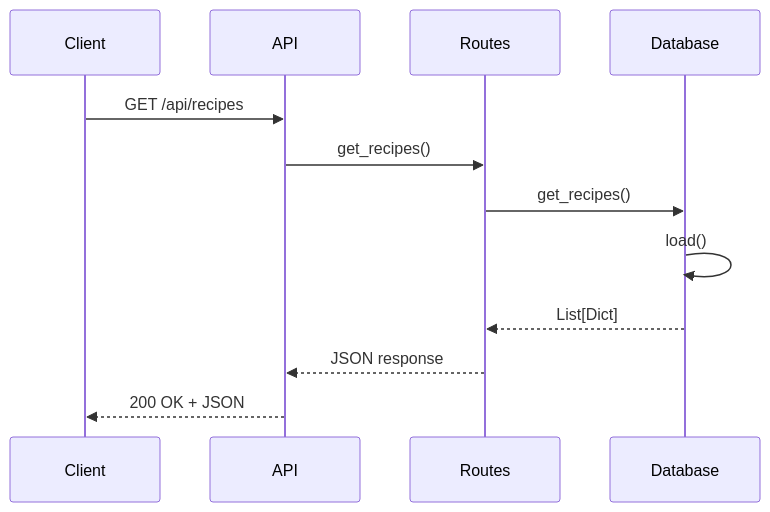
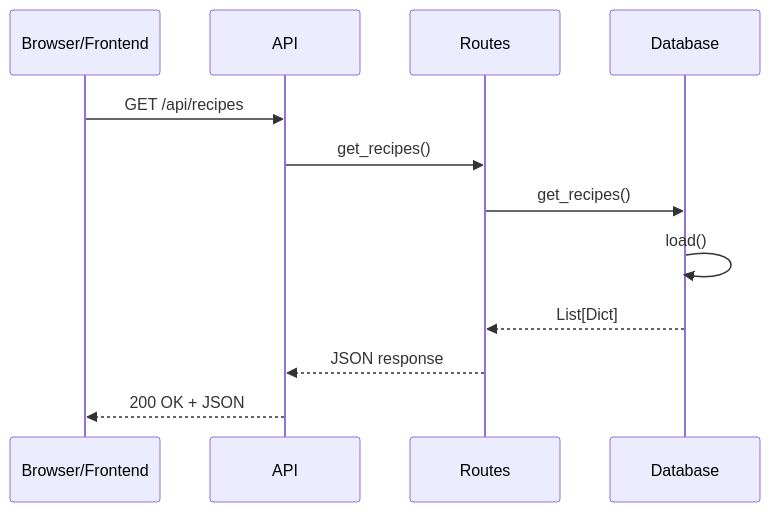
Before and after one commit to NicoJFerraro/WNS-Instancia-evaluativa: the second of 4 diagrams in README.md, drawn with Mermaid. The commit also changed other lines of this file, not shown here.

Commit message:
Update sequence diagrams and add technical decisions

````diff
--- a/README.md
+++ b/README.md
@@ -134,15 +134,15 @@
 ```mermaid
 sequenceDiagram
-    participant Client
+    participant Browser as Browser/Frontend
     participant API
     participant Routes
     participant Database
 
-    Client->>API: GET /api/recipes
+    Browser->>API: GET /api/recipes
     API->>Routes: get_recipes()
     Routes->>Database: get_recipes()
     Database->>Database: load()
     Database-->>Routes: List[Dict]
     Routes-->>API: JSON response
-    API-->>Client: 200 OK + JSON
+    API-->>Browser: 200 OK + JSON
 ```
````
